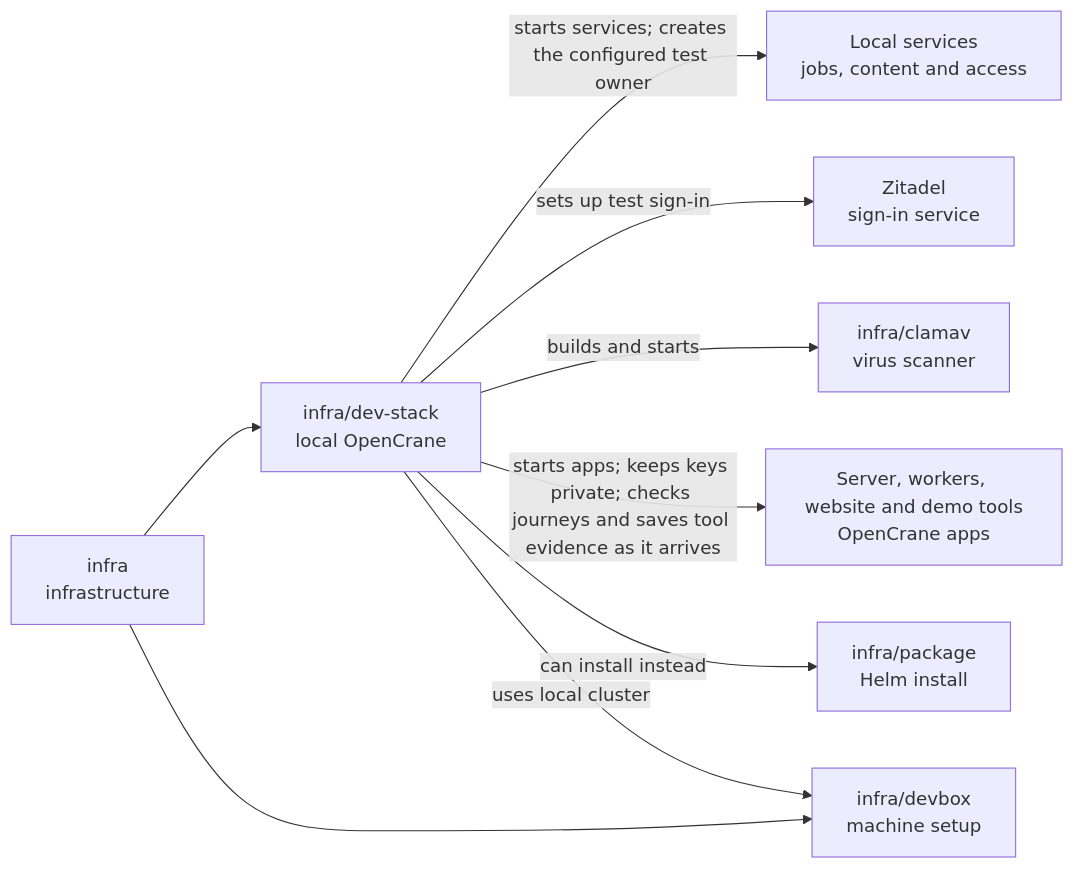
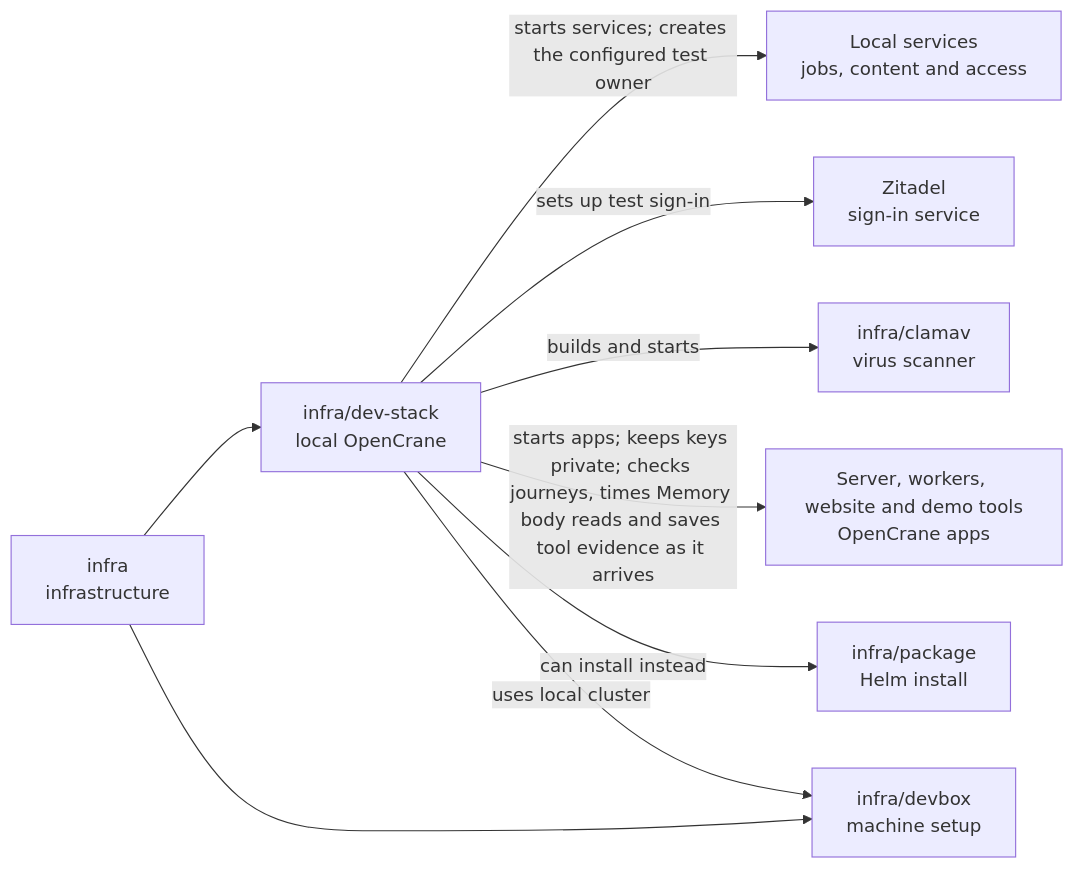
Before and after one commit to elewa-git/opencrane-new: the diagram in infra/dev-stack/README.md, drawn with Mermaid. The commit also changed other lines of this file and 17 other files, not shown here.

````diff
--- a/infra/dev-stack/README.md
+++ b/infra/dev-stack/README.md
@@ -16,11 +16,11 @@
 ```mermaid
 flowchart LR
   infra["infra<br/>infrastructure"] --> stack["infra/dev-stack<br/>local OpenCrane"]
   infra --> devbox["infra/devbox<br/>machine setup"]
   stack -->|starts services; creates the configured test owner| services["Local services<br/>jobs, content and access"]
   stack -->|sets up test sign-in| zitadel["Zitadel<br/>sign-in service"]
   stack -->|builds and starts| clamav["infra/clamav<br/>virus scanner"]
-  stack -->|starts apps; keeps keys private; checks journeys and saves tool evidence as it arrives| apps["Server, workers, website and demo tools<br/>OpenCrane apps"]
+  stack -->|starts apps; keeps keys private; checks journeys, times Memory body reads and saves tool evidence as it arrives| apps["Server, workers, website and demo tools<br/>OpenCrane apps"]
   stack -->|can install instead| package["infra/package<br/>Helm install"]
   stack -->|uses local cluster| devbox
 ```
````
